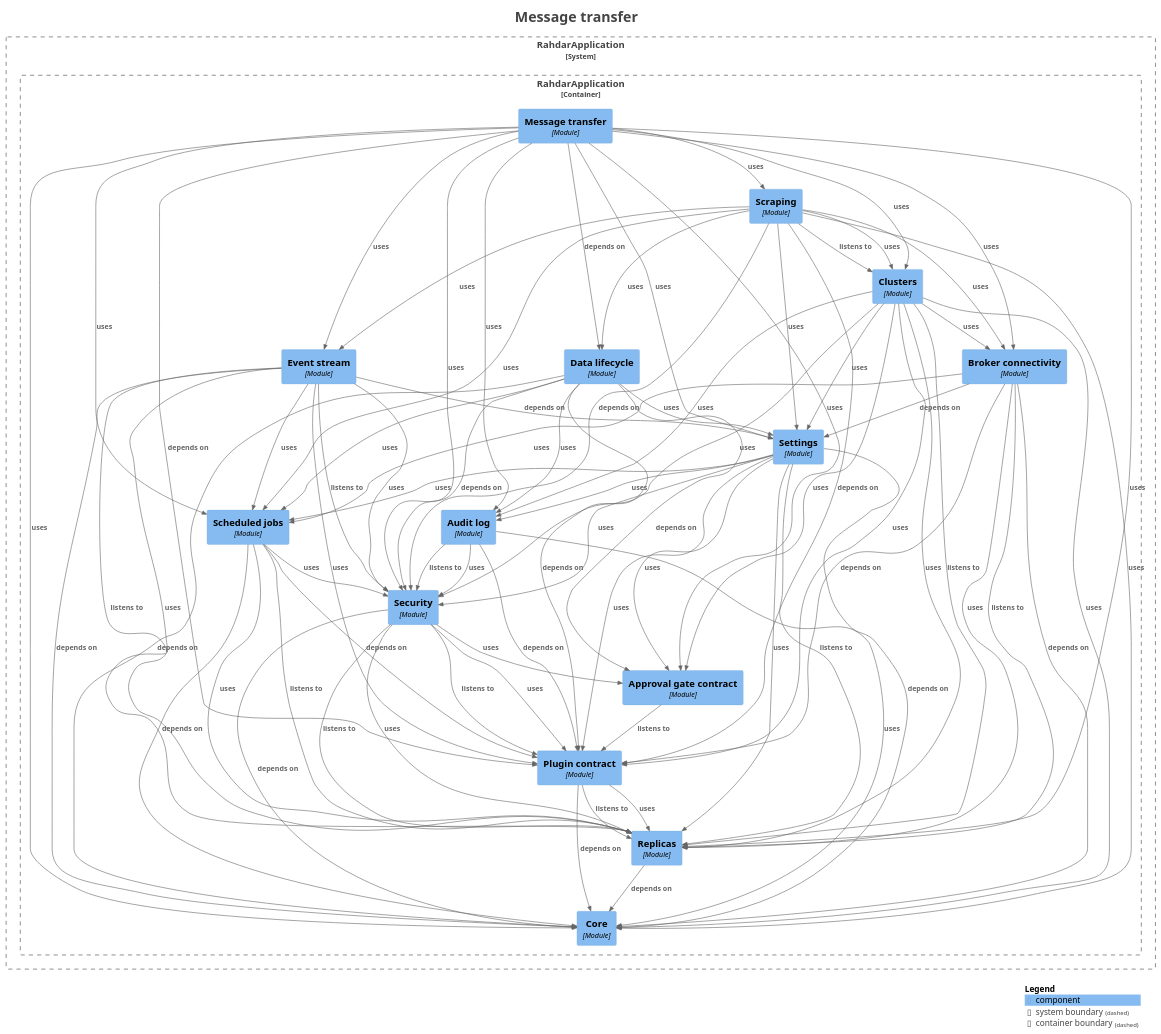
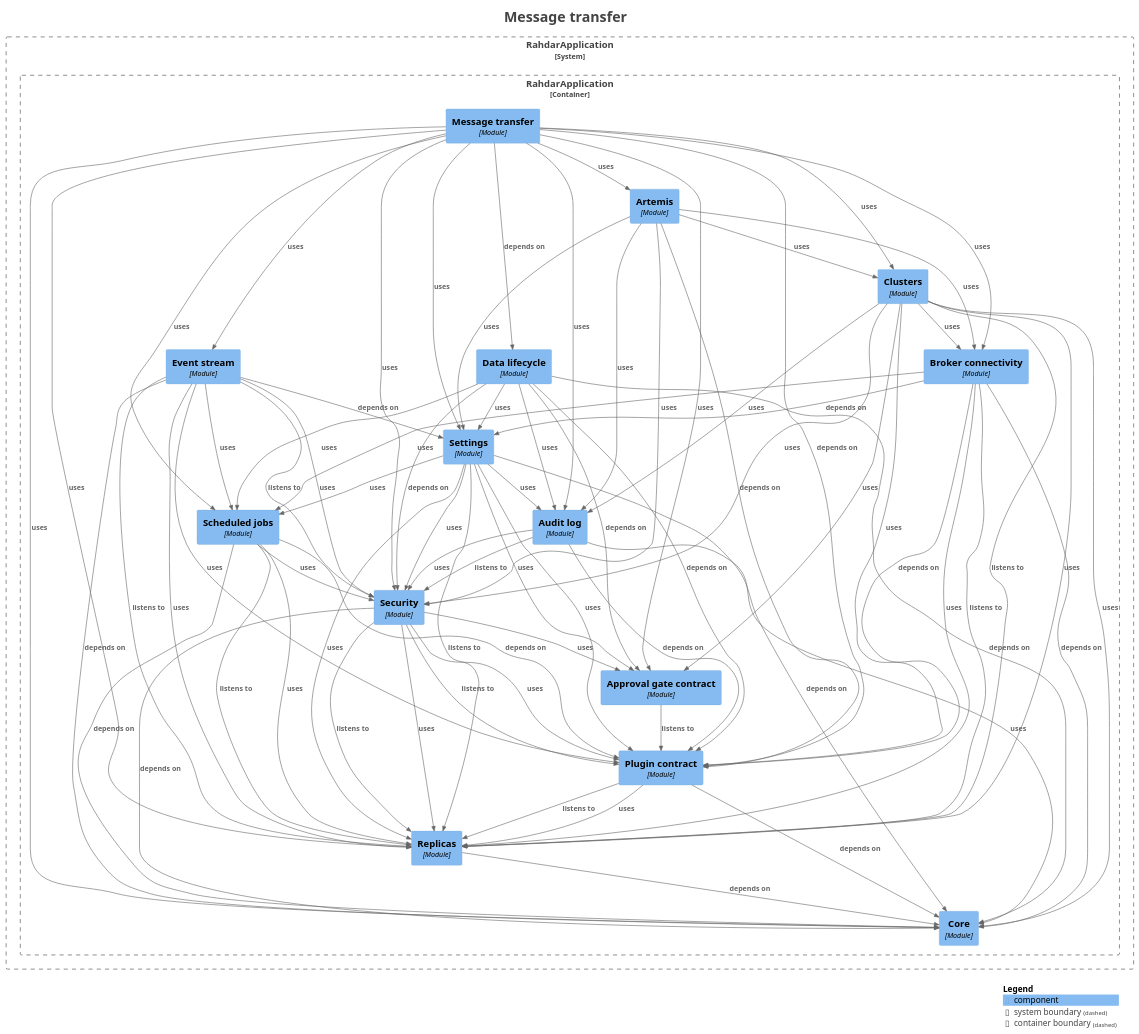
The diagram in docs/modules/module-feature.transfer.puml (sudoitir/rahdar), drawn with PlantUML before and after one commit. The commit also changed 267 other files, not shown here.

```diff
--- a/docs/modules/module-feature.transfer.puml
+++ b/docs/modules/module-feature.transfer.puml
@@ -18,6 +18,7 @@
 System_Boundary("RahdarApplication_boundary", "RahdarApplication", $tags="") {
   Container_Boundary("RahdarApplication.RahdarApplication_boundary", "RahdarApplication", $tags="") {
     Component(RahdarApplication.RahdarApplication.Approvalgatecontract, "Approval gate contract", $techn="Module", $descr="", $tags="", $link="")
+    Component(RahdarApplication.RahdarApplication.Artemis, "Artemis", $techn="Module", $descr="", $tags="", $link="")
     Component(RahdarApplication.RahdarApplication.Auditlog, "Audit log", $techn="Module", $descr="", $tags="", $link="")
     Component(RahdarApplication.RahdarApplication.Brokerconnectivity, "Broker connectivity", $techn="Module", $descr="", $tags="", $link="")
     Component(RahdarApplication.RahdarApplication.Clusters, "Clusters", $techn="Module", $descr="", $tags="", $link="")
@@ -28,7 +29,6 @@
     Component(RahdarApplication.RahdarApplication.Plugincontract, "Plugin contract", $techn="Module", $descr="", $tags="", $link="")
     Component(RahdarApplication.RahdarApplication.Replicas, "Replicas", $techn="Module", $descr="", $tags="", $link="")
     Component(RahdarApplication.RahdarApplication.Scheduledjobs, "Scheduled jobs", $techn="Module", $descr="", $tags="", $link="")
-    Component(RahdarApplication.RahdarApplication.Scraping, "Scraping", $techn="Module", $descr="", $tags="", $link="")
     Component(RahdarApplication.RahdarApplication.Security, "Security", $techn="Module", $descr="", $tags="", $link="")
     Component(RahdarApplication.RahdarApplication.Settings, "Settings", $techn="Module", $descr="", $tags="", $link="")
   }
@@ -36,6 +36,12 @@
 }
 
 Rel(RahdarApplication.RahdarApplication.Approvalgatecontract, RahdarApplication.RahdarApplication.Plugincontract, "listens to", $techn="", $tags="", $link="")
+Rel(RahdarApplication.RahdarApplication.Artemis, RahdarApplication.RahdarApplication.Auditlog, "uses", $techn="", $tags="", $link="")
+Rel(RahdarApplication.RahdarApplication.Artemis, RahdarApplication.RahdarApplication.Brokerconnectivity, "uses", $techn="", $tags="", $link="")
+Rel(RahdarApplication.RahdarApplication.Artemis, RahdarApplication.RahdarApplication.Clusters, "uses", $techn="", $tags="", $link="")
+Rel(RahdarApplication.RahdarApplication.Artemis, RahdarApplication.RahdarApplication.Plugincontract, "depends on", $techn="", $tags="", $link="")
+Rel(RahdarApplication.RahdarApplication.Artemis, RahdarApplication.RahdarApplication.Security, "uses", $techn="", $tags="", $link="")
+Rel(RahdarApplication.RahdarApplication.Artemis, RahdarApplication.RahdarApplication.Settings, "uses", $techn="", $tags="", $link="")
 Rel(RahdarApplication.RahdarApplication.Auditlog, RahdarApplication.RahdarApplication.Core, "uses", $techn="", $tags="", $link="")
 Rel(RahdarApplication.RahdarApplication.Auditlog, RahdarApplication.RahdarApplication.Plugincontract, "depends on", $techn="", $tags="", $link="")
 Rel(RahdarApplication.RahdarApplication.Auditlog, RahdarApplication.RahdarApplication.Security, "listens to", $techn="", $tags="", $link="")
@@ -54,7 +60,6 @@
 Rel(RahdarApplication.RahdarApplication.Clusters, RahdarApplication.RahdarApplication.Replicas, "listens to", $techn="", $tags="", $link="")
 Rel(RahdarApplication.RahdarApplication.Clusters, RahdarApplication.RahdarApplication.Replicas, "uses", $techn="", $tags="", $link="")
 Rel(RahdarApplication.RahdarApplication.Clusters, RahdarApplication.RahdarApplication.Security, "uses", $techn="", $tags="", $link="")
-Rel(RahdarApplication.RahdarApplication.Clusters, RahdarApplication.RahdarApplication.Settings, "uses", $techn="", $tags="", $link="")
 Rel(RahdarApplication.RahdarApplication.Datalifecycle, RahdarApplication.RahdarApplication.Approvalgatecontract, "depends on", $techn="", $tags="", $link="")
 Rel(RahdarApplication.RahdarApplication.Datalifecycle, RahdarApplication.RahdarApplication.Auditlog, "uses", $techn="", $tags="", $link="")
 Rel(RahdarApplication.RahdarApplication.Datalifecycle, RahdarApplication.RahdarApplication.Core, "depends on", $techn="", $tags="", $link="")
@@ -71,6 +76,7 @@
 Rel(RahdarApplication.RahdarApplication.Eventstream, RahdarApplication.RahdarApplication.Security, "uses", $techn="", $tags="", $link="")
 Rel(RahdarApplication.RahdarApplication.Eventstream, RahdarApplication.RahdarApplication.Settings, "depends on", $techn="", $tags="", $link="")
 Rel(RahdarApplication.RahdarApplication.Messagetransfer, RahdarApplication.RahdarApplication.Approvalgatecontract, "uses", $techn="", $tags="", $link="")
+Rel(RahdarApplication.RahdarApplication.Messagetransfer, RahdarApplication.RahdarApplication.Artemis, "uses", $techn="", $tags="", $link="")
 Rel(RahdarApplication.RahdarApplication.Messagetransfer, RahdarApplication.RahdarApplication.Auditlog, "uses", $techn="", $tags="", $link="")
 Rel(RahdarApplication.RahdarApplication.Messagetransfer, RahdarApplication.RahdarApplication.Brokerconnectivity, "uses", $techn="", $tags="", $link="")
 Rel(RahdarApplication.RahdarApplication.Messagetransfer, RahdarApplication.RahdarApplication.Clusters, "uses", $techn="", $tags="", $link="")
@@ -80,7 +86,6 @@
 Rel(RahdarApplication.RahdarApplication.Messagetransfer, RahdarApplication.RahdarApplication.Plugincontract, "depends on", $techn="", $tags="", $link="")
 Rel(RahdarApplication.RahdarApplication.Messagetransfer, RahdarApplication.RahdarApplication.Replicas, "uses", $techn="", $tags="", $link="")
 Rel(RahdarApplication.RahdarApplication.Messagetransfer, RahdarApplication.RahdarApplication.Scheduledjobs, "uses", $techn="", $tags="", $link="")
-Rel(RahdarApplication.RahdarApplication.Messagetransfer, RahdarApplication.RahdarApplication.Scraping, "uses", $techn="", $tags="", $link="")
 Rel(RahdarApplication.RahdarApplication.Messagetransfer, RahdarApplication.RahdarApplication.Security, "uses", $techn="", $tags="", $link="")
 Rel(RahdarApplication.RahdarApplication.Messagetransfer, RahdarApplication.RahdarApplication.Settings, "uses", $techn="", $tags="", $link="")
 Rel(RahdarApplication.RahdarApplication.Plugincontract, RahdarApplication.RahdarApplication.Core, "depends on", $techn="", $tags="", $link="")
@@ -92,16 +97,6 @@
 Rel(RahdarApplication.RahdarApplication.Scheduledjobs, RahdarApplication.RahdarApplication.Replicas, "listens to", $techn="", $tags="", $link="")
 Rel(RahdarApplication.RahdarApplication.Scheduledjobs, RahdarApplication.RahdarApplication.Replicas, "uses", $techn="", $tags="", $link="")
 Rel(RahdarApplication.RahdarApplication.Scheduledjobs, RahdarApplication.RahdarApplication.Security, "uses", $techn="", $tags="", $link="")
-Rel(RahdarApplication.RahdarApplication.Scraping, RahdarApplication.RahdarApplication.Brokerconnectivity, "uses", $techn="", $tags="", $link="")
-Rel(RahdarApplication.RahdarApplication.Scraping, RahdarApplication.RahdarApplication.Clusters, "listens to", $techn="", $tags="", $link="")
-Rel(RahdarApplication.RahdarApplication.Scraping, RahdarApplication.RahdarApplication.Clusters, "uses", $techn="", $tags="", $link="")
-Rel(RahdarApplication.RahdarApplication.Scraping, RahdarApplication.RahdarApplication.Core, "uses", $techn="", $tags="", $link="")
-Rel(RahdarApplication.RahdarApplication.Scraping, RahdarApplication.RahdarApplication.Datalifecycle, "uses", $techn="", $tags="", $link="")
-Rel(RahdarApplication.RahdarApplication.Scraping, RahdarApplication.RahdarApplication.Eventstream, "uses", $techn="", $tags="", $link="")
-Rel(RahdarApplication.RahdarApplication.Scraping, RahdarApplication.RahdarApplication.Plugincontract, "depends on", $techn="", $tags="", $link="")
-Rel(RahdarApplication.RahdarApplication.Scraping, RahdarApplication.RahdarApplication.Scheduledjobs, "uses", $techn="", $tags="", $link="")
-Rel(RahdarApplication.RahdarApplication.Scraping, RahdarApplication.RahdarApplication.Security, "depends on", $techn="", $tags="", $link="")
-Rel(RahdarApplication.RahdarApplication.Scraping, RahdarApplication.RahdarApplication.Settings, "uses", $techn="", $tags="", $link="")
 Rel(RahdarApplication.RahdarApplication.Security, RahdarApplication.RahdarApplication.Approvalgatecontract, "uses", $techn="", $tags="", $link="")
 Rel(RahdarApplication.RahdarApplication.Security, RahdarApplication.RahdarApplication.Core, "depends on", $techn="", $tags="", $link="")
 Rel(RahdarApplication.RahdarApplication.Security, RahdarApplication.RahdarApplication.Plugincontract, "listens to", $techn="", $tags="", $link="")
```
